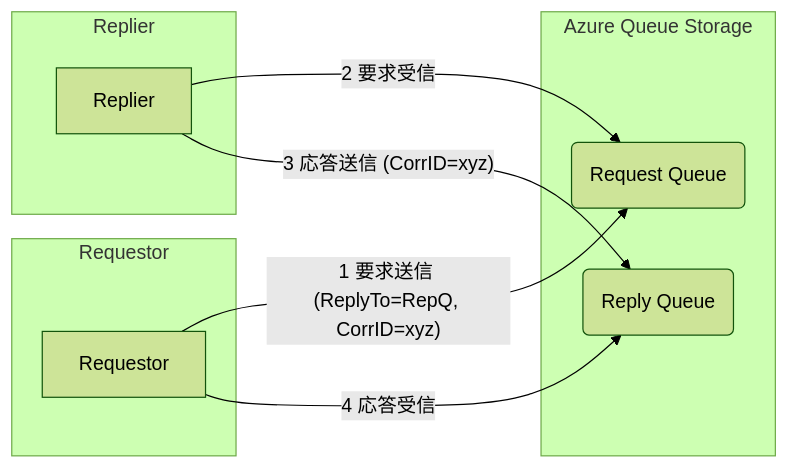
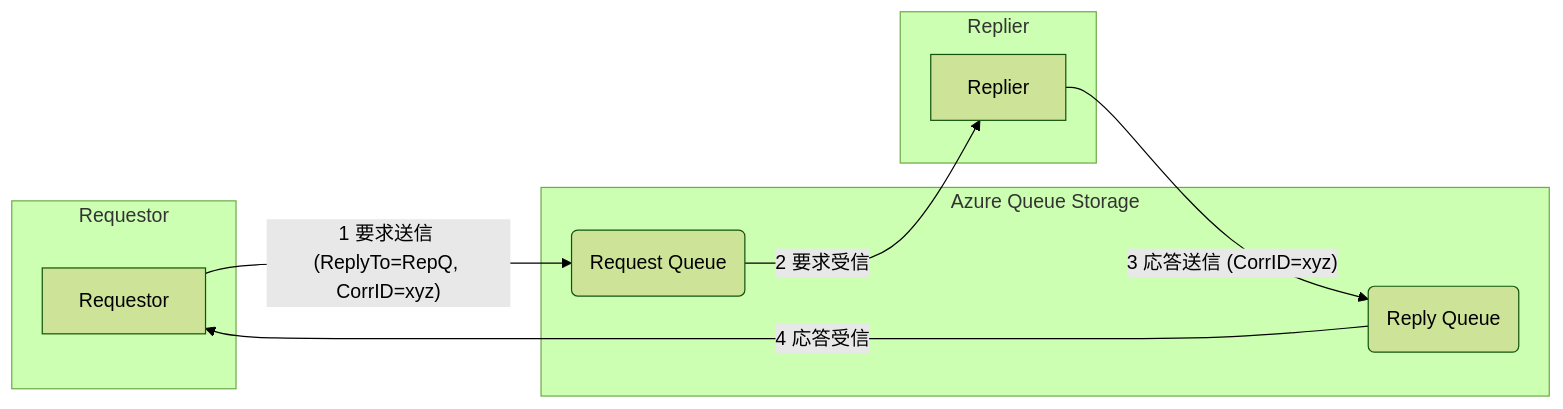
The second of 2 diagrams in azure/queue-storage/queue-pattern-azure-storage-2.md (y-omasa-kbc/doc-manuals-tutorials), drawn with Mermaid (forest theme) before and after one commit. The commit also changed other lines of this file and 1 other file, not shown here.

````diff
--- a/azure/queue-storage/queue-pattern-azure-storage-2.md
+++ b/azure/queue-storage/queue-pattern-azure-storage-2.md
@@ -271,18 +274,18 @@
 ```mermaid
 graph LR  
     subgraph Requestor  
         R[Requestor]  
     end  
     subgraph Replier  
         P[Replier]  
     end  
     subgraph "Azure Queue Storage"  
         ReqQ(Request Queue)  
         RepQ(Reply Queue)  
     end
 
     R -- "1 要求送信 (ReplyTo=RepQ, CorrID=xyz)" --> ReqQ  
-    P -- "2 要求受信" --> ReqQ  
+    ReqQ -- "2 要求受信" --> P  
     P -- "3 応答送信 (CorrID=xyz)" --> RepQ  
-    R -- "4 応答受信" --> RepQ
+    RepQ -- "4 応答受信" --> R
 ```
````
